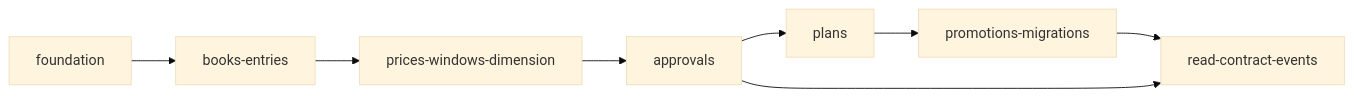
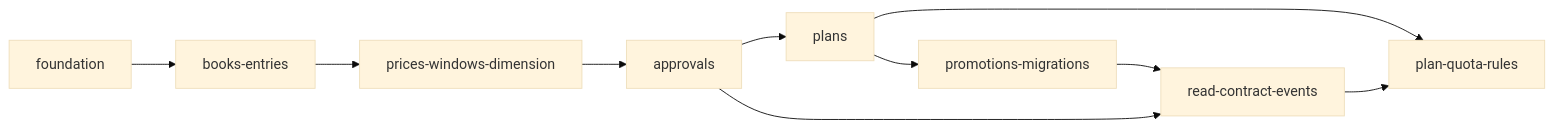
The diagram in gears/bss/pricing/docs/DECOMPOSITION.md (constructorfabric/gears-rust), drawn with Mermaid (base theme) before and after one commit. The commit also changed other lines of this file and 105 other files, not shown here.

First line of the commit message:
feat(pricing): author plan quota rules validated by Products' catalog

````diff
--- a/gears/bss/pricing/docs/DECOMPOSITION.md
+++ b/gears/bss/pricing/docs/DECOMPOSITION.md
@@ -136,6 +152,8 @@
 ```mermaid
 flowchart LR
   foundation --> books-entries --> prices-windows-dimension --> approvals
   approvals --> plans --> promotions-migrations --> read-contract-events
   approvals --> read-contract-events
+  plans --> plan-quota-rules
+  read-contract-events --> plan-quota-rules
 ```
````
